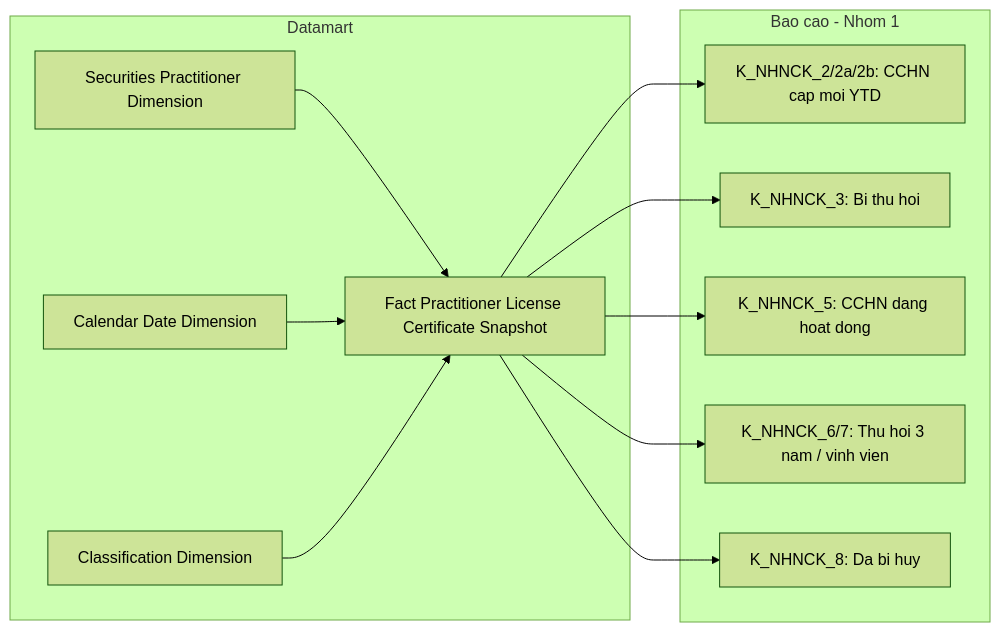
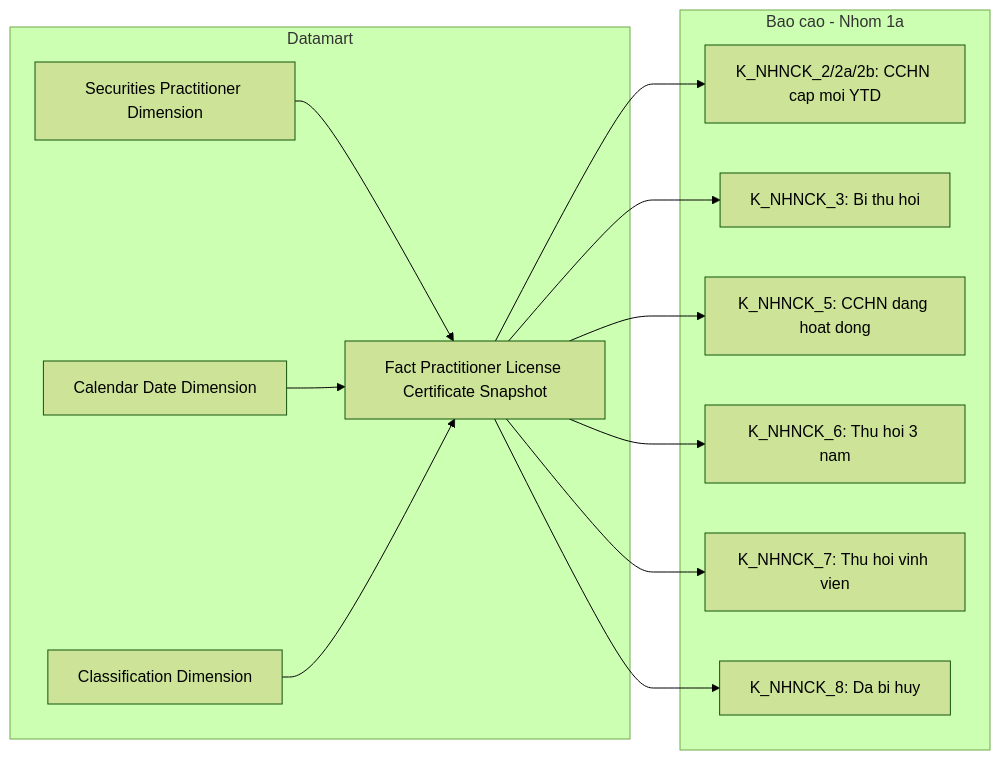
One commit to linhlvit/ubck_atomic_design changed diagram 13 of 40 in Datamart/hld/DTM_NHNCK_HLD.md. Above: the diagram before and after it, drawn with Mermaid (forest theme). The commit also changed other lines of this file and 25 other files, not shown here.

````diff
--- a/Datamart/hld/DTM_NHNCK_HLD.md
+++ b/Datamart/hld/DTM_NHNCK_HLD.md
@@ -330,24 +477,26 @@
 ```mermaid
 flowchart LR
-    subgraph Datamart["Datamart"]
-        G1["Fact Practitioner License Certificate Snapshot"]
-        G2["Securities Practitioner Dimension"]
-        G3["Calendar Date Dimension"]
-        G4["Classification Dimension"]
+    subgraph GOLD["Datamart"]
+        fct_prac_license_ctf_snpst["Fact Practitioner License Certificate Snapshot"]
+        scr_prac_dim["Securities Practitioner Dimension"]
+        cdr_dt_dim["Calendar Date Dimension"]
+        cls_dim["Classification Dimension"]
     end
-    subgraph RPT["Bao cao - Nhom 1"]
+    subgraph RPT["Bao cao - Nhom 1a"]
         R1["K_NHNCK_2/2a/2b: CCHN cap moi YTD"]
         R2["K_NHNCK_3: Bi thu hoi"]
         R3["K_NHNCK_5: CCHN dang hoat dong"]
-        R4["K_NHNCK_6/7: Thu hoi 3 nam / vinh vien"]
-        R5["K_NHNCK_8: Da bi huy"]
+        R4["K_NHNCK_6: Thu hoi 3 nam"]
+        R5["K_NHNCK_7: Thu hoi vinh vien"]
+        R6["K_NHNCK_8: Da bi huy"]
     end
-    G1 --> R1
-    G1 --> R2
-    G1 --> R3
-    G1 --> R4
-    G1 --> R5
-    G2 --> G1
-    G3 --> G1
-    G4 --> G1
+    fct_prac_license_ctf_snpst --> R1
+    fct_prac_license_ctf_snpst --> R2
+    fct_prac_license_ctf_snpst --> R3
+    fct_prac_license_ctf_snpst --> R4
+    fct_prac_license_ctf_snpst --> R5
+    fct_prac_license_ctf_snpst --> R6
+    scr_prac_dim --> fct_prac_license_ctf_snpst
+    cdr_dt_dim --> fct_prac_license_ctf_snpst
+    cls_dim --> fct_prac_license_ctf_snpst
 ```
````
